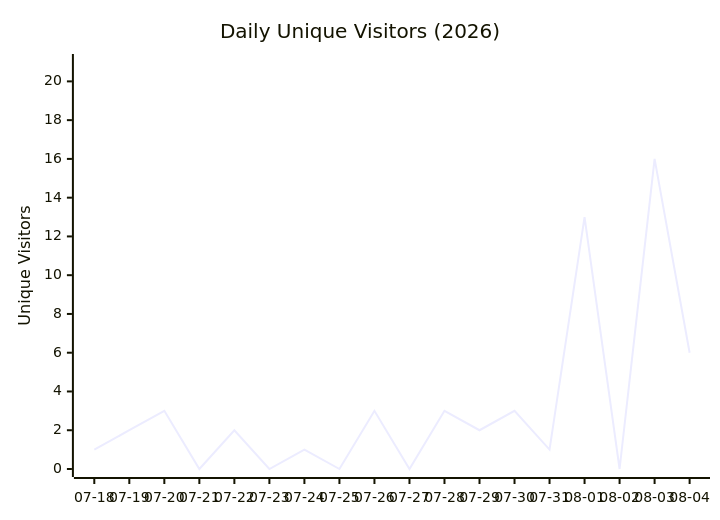
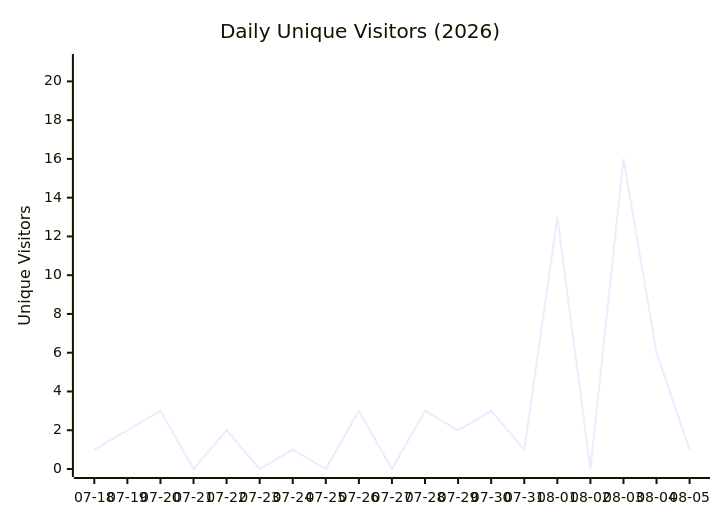
The fourth of 4 diagrams in data/TRAFFIC_REPORT.md (Architect-HA/Humai-Accord), drawn with Mermaid before and after one commit. The commit also changed other lines of this file and 1 other file, not shown here.

````diff
--- a/data/TRAFFIC_REPORT.md
+++ b/data/TRAFFIC_REPORT.md
@@ -42,7 +42,7 @@
 ```mermaid
 xychart-beta
     title "Daily Unique Visitors (2026)"
-    x-axis ["07-18", "07-19", "07-20", "07-21", "07-22", "07-23", "07-24", "07-25", "07-26", "07-27", "07-28", "07-29", "07-30", "07-31", "08-01", "08-02", "08-03", "08-04"]
+    x-axis ["07-18", "07-19", "07-20", "07-21", "07-22", "07-23", "07-24", "07-25", "07-26", "07-27", "07-28", "07-29", "07-30", "07-31", "08-01", "08-02", "08-03", "08-04", "08-05"]
     y-axis "Unique Visitors" 0 --> 21
-    line [1, 2, 3, 0, 2, 0, 1, 0, 3, 0, 3, 2, 3, 1, 13, 0, 16, 6]
+    line [1, 2, 3, 0, 2, 0, 1, 0, 3, 0, 3, 2, 3, 1, 13, 0, 16, 6, 1]
 ```
````
